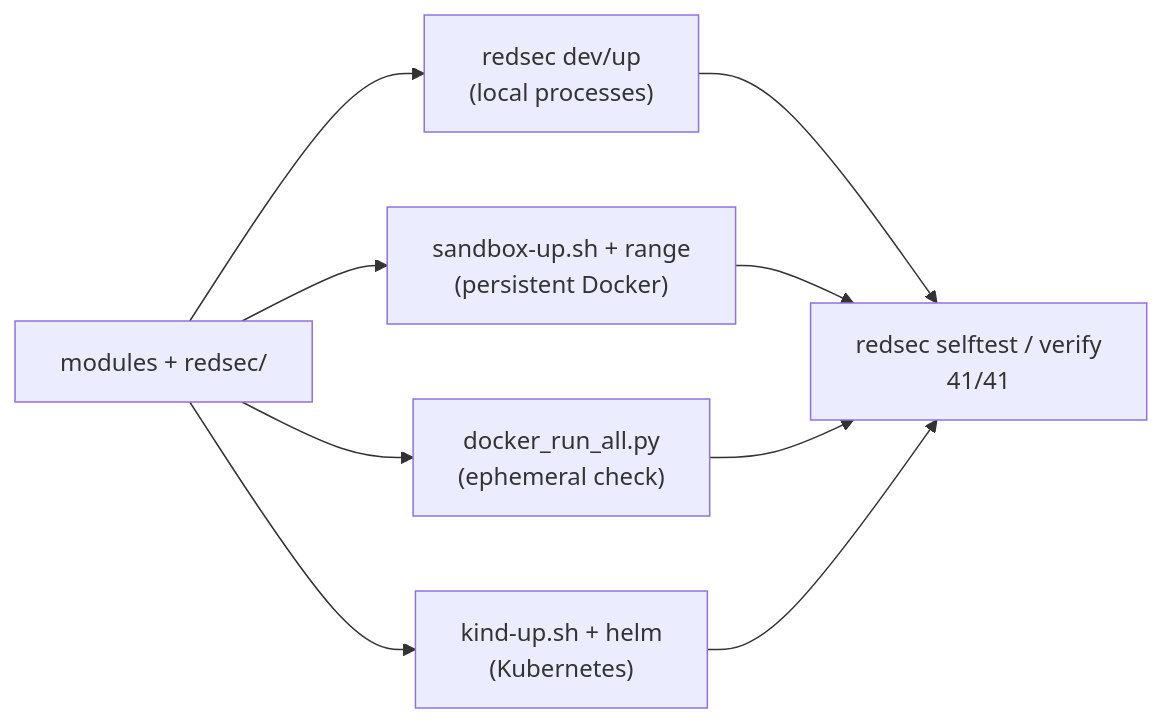
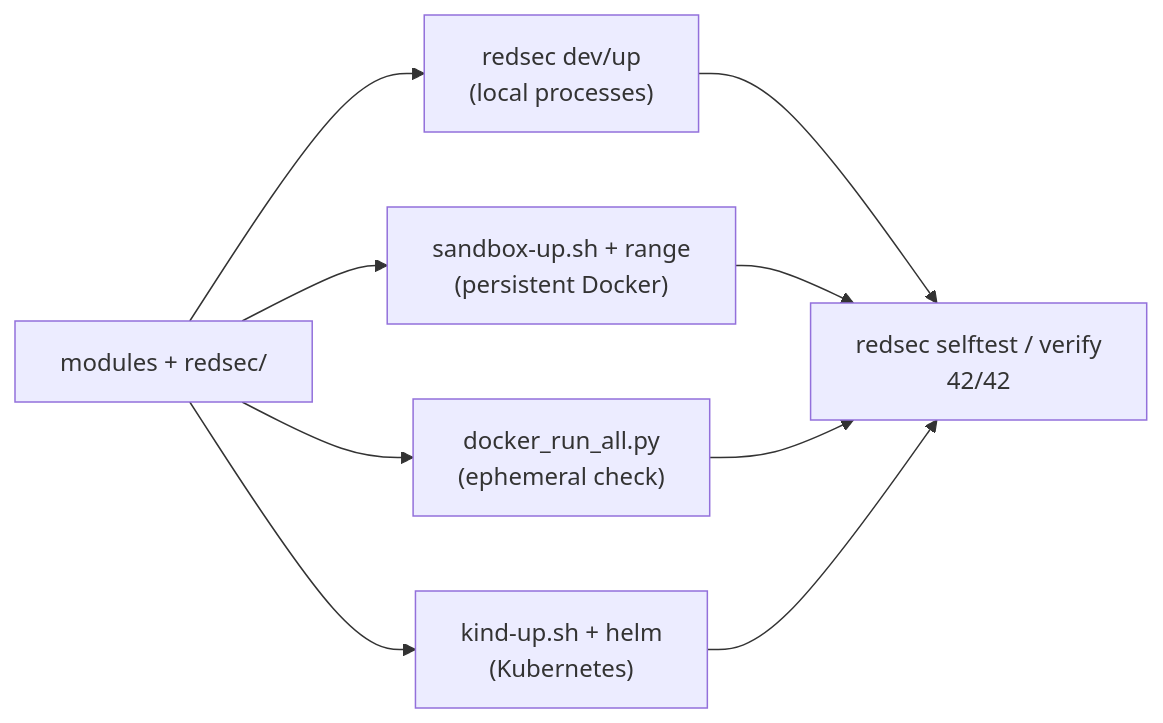
Before and after one commit to tq05/RedSec-range: the sixth of 6 diagrams in docs/OVERVIEW.md, drawn with Mermaid. The commit also changed other lines of this file, not shown here.

Commit message:
Label the module 09 chain on the map and bump the selftest count to 42/42.

````diff
--- a/docs/OVERVIEW.md
+++ b/docs/OVERVIEW.md
@@ -160,12 +160,12 @@
 ```mermaid
 flowchart LR
   repo["modules + redsec/"]
   repo --> local["redsec dev/up<br/>(local processes)"]
   repo --> docker["sandbox-up.sh + range<br/>(persistent Docker)"]
   repo --> check["docker_run_all.py<br/>(ephemeral check)"]
   repo --> k8s["kind-up.sh + helm<br/>(Kubernetes)"]
-  local --> verify["redsec selftest / verify<br/>41/41"]
+  local --> verify["redsec selftest / verify<br/>42/42"]
   docker --> verify
   check --> verify
   k8s --> verify
 ```
````
